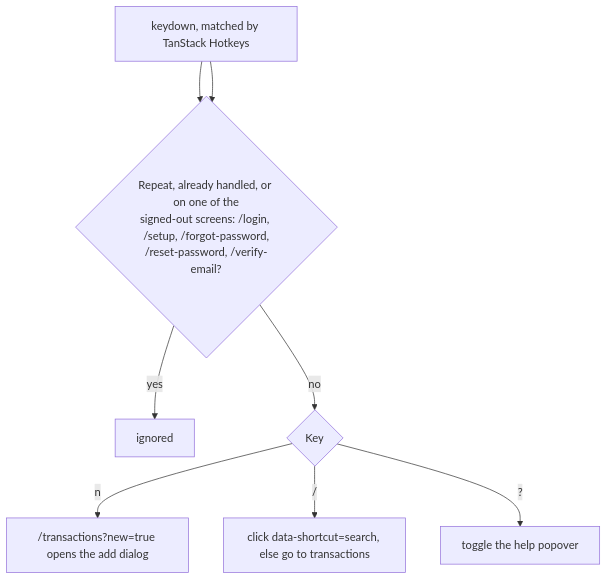
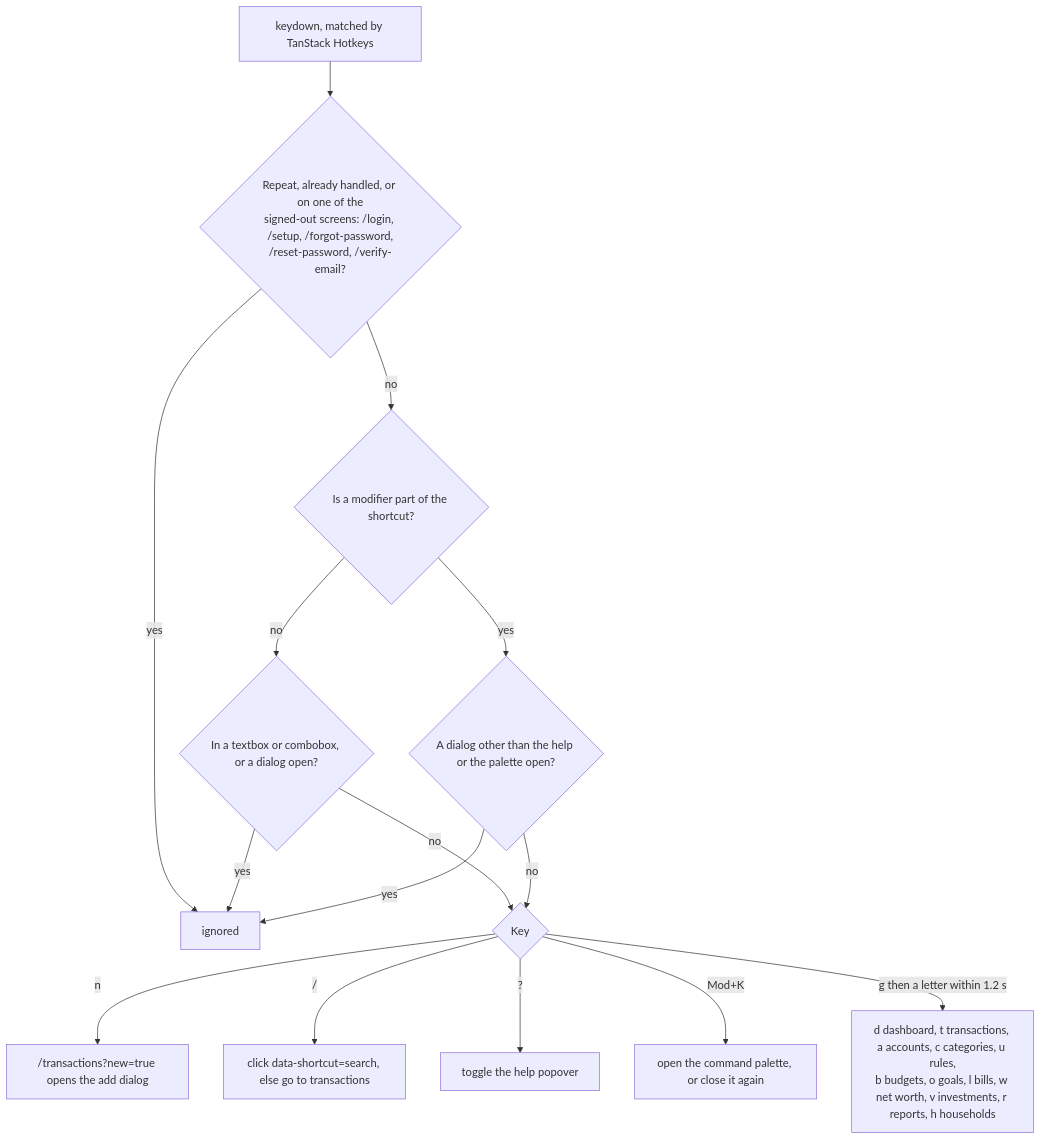
Before and after one commit to Justxs/Jx-Finance: the second of 4 diagrams in docs/features/24. Interface.md, drawn with Mermaid. The commit also changed other lines of this file and 21 other files, not shown here.

First line of the commit message:
feat(ui): add a command palette

````diff
--- a/docs/features/24. Interface.md
+++ b/docs/features/24. Interface.md
@@ -25,10 +27,17 @@
 ```mermaid
 flowchart TD
-    Key["keydown, matched by TanStack Hotkeys"] --> Guard{"Repeat, already handled, in a textbox or combobox,<br/>dialog open, or on /login or /setup?"}
     Key["keydown, matched by TanStack Hotkeys"] --> Guard{"Repeat, already handled, or on one of the<br/>signed-out screens: /login, /setup, /forgot-password,<br/>/reset-password, /verify-email?"}
     Guard -->|"yes"| Ignore["ignored"]
-    Guard -->|"no"| Which{"Key"}
+    Guard -->|"no"| Held{"Is a modifier part of the shortcut?"}
+    Held -->|"no"| Bare{"In a textbox or combobox, or a dialog open?"}
+    Bare -->|"yes"| Ignore
+    Bare -->|"no"| Which
+    Held -->|"yes"| Modal{"A dialog other than the help or the palette open?"}
+    Modal -->|"yes"| Ignore
+    Modal -->|"no"| Which{"Key"}
     Which -->|"n"| New["/transactions?new=true opens the add dialog"]
     Which -->|"/"| Search["click data-shortcut=search, else go to transactions"]
     Which -->|"?"| Help["toggle the help popover"]
+    Which -->|"Mod+K"| Palette["open the command palette, or close it again"]
+    Which -->|"g then a letter within 1.2 s"| Go["d dashboard, t transactions, a accounts, c categories, u rules,<br/>b budgets, o goals, l bills, w net worth, v investments, r reports, h households"]
 ```
````
